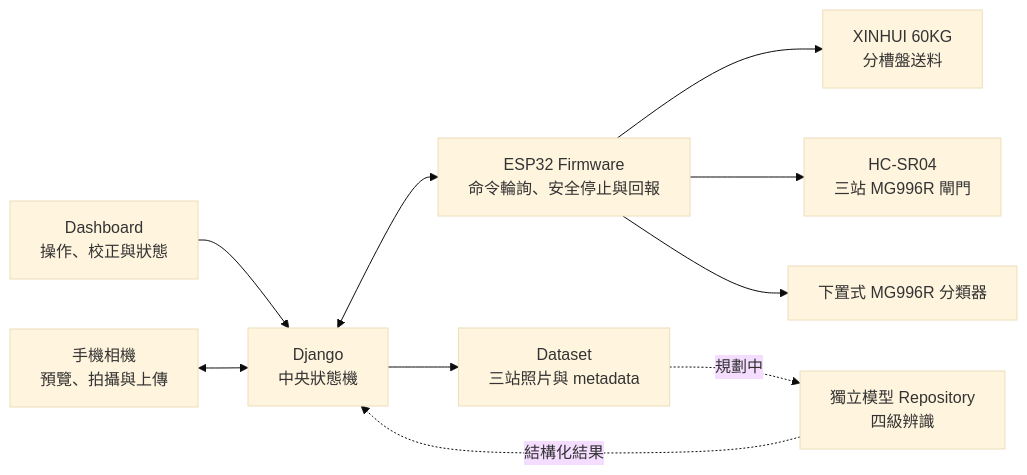
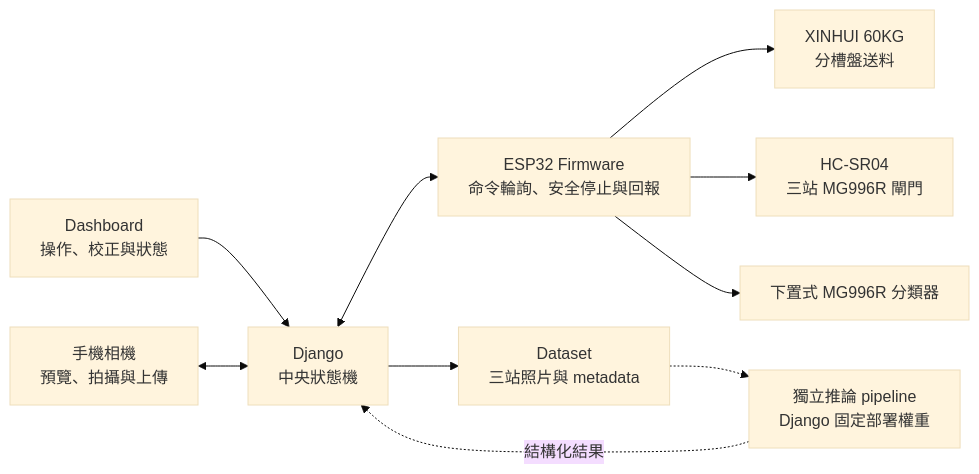
One commit to Eten0721/PassionFruit_IoT_hardware changed the diagram in README.md. Above: the diagram before and after it, drawn with Mermaid (base theme). The commit also changed other lines of this file and 17 other files, not shown here.

````diff
--- a/README.md
+++ b/README.md
@@ -27,12 +27,12 @@
 ```mermaid
 flowchart LR
     Dashboard["Dashboard<br/>操作、校正與狀態"] --> Django["Django<br/>中央狀態機"]
     Camera["手機相機<br/>預覽、拍攝與上傳"] <--> Django
     Django <--> ESP32["ESP32 Firmware<br/>命令輪詢、安全停止與回報"]
     ESP32 --> Feeder["XINHUI 60KG<br/>分槽盤送料"]
     ESP32 --> Capture["HC-SR04<br/>三站 MG996R 閘門"]
     ESP32 --> Sorter["下置式 MG996R 分類器"]
     Django --> Dataset["Dataset<br/>三站照片與 metadata"]
-    Dataset -. 規劃中 .-> AI["獨立模型 Repository<br/>四級辨識"]
+    Dataset -.-> AI["獨立推論 pipeline<br/>Django 固定部署權重"]
     AI -. 結構化結果 .-> Django
 ```
````
